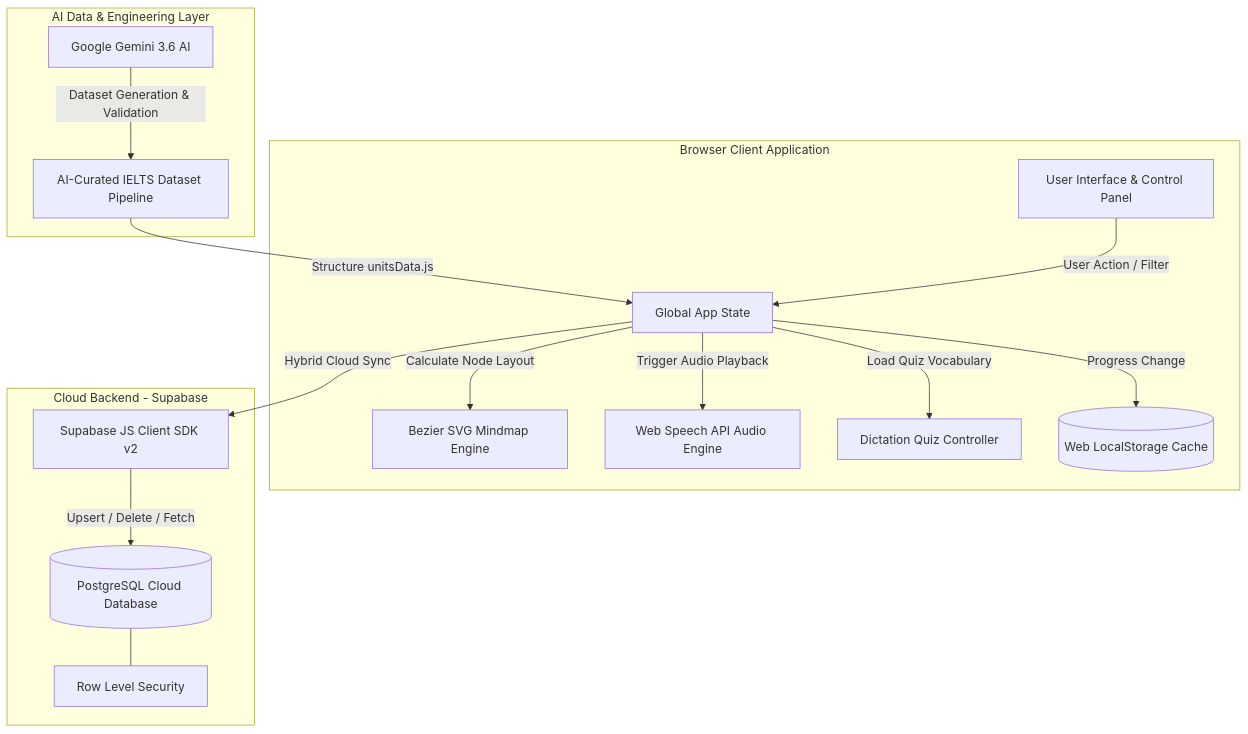
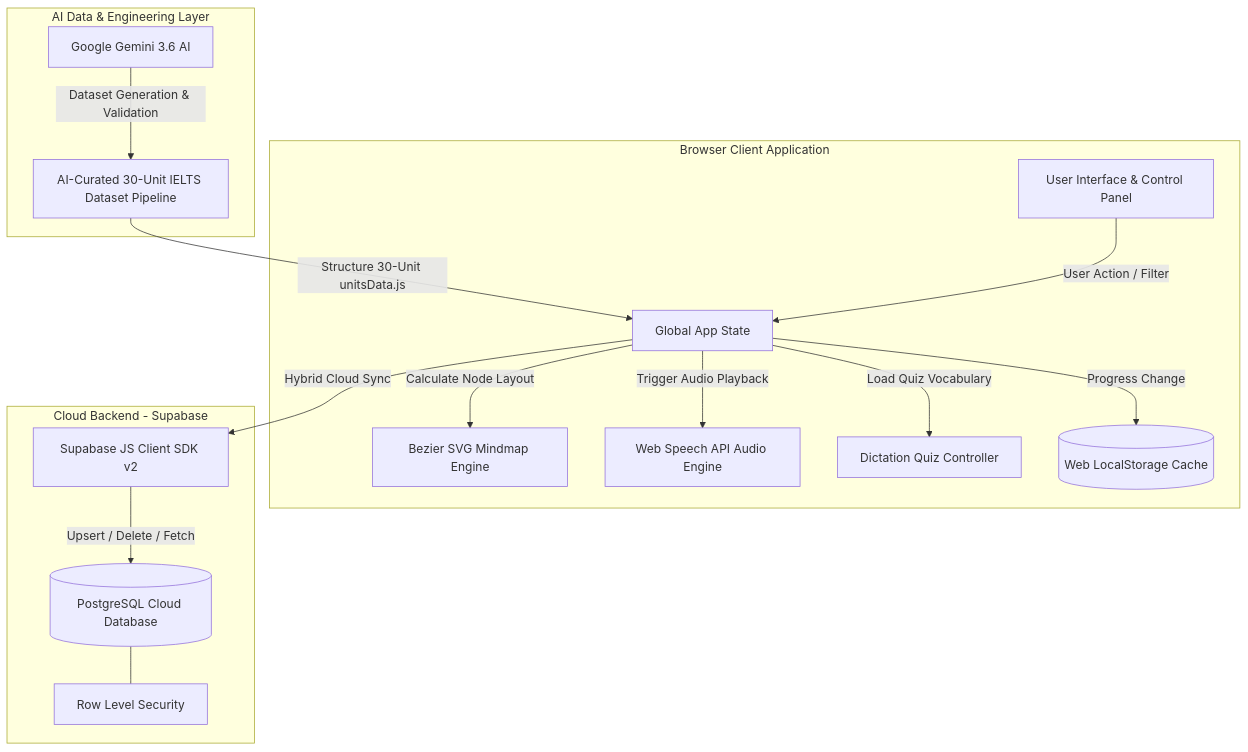
The diagram in README.md (b1uewave/ielts-vocab-mindmap), drawn with Mermaid before and after one commit. The commit also changed other lines of this file and 1 other file, not shown here.

Commit message:
docs: update English and Chinese READMEs for 30 IELTS units and 1,148 core vocabulary dataset

````diff
--- a/README.md
+++ b/README.md
@@ -60,35 +77,35 @@
 ```mermaid
 graph TD
     subgraph Client ["Browser Client Application"]
         UI["User Interface & Control Panel"]
         Engine["Bezier SVG Mindmap Engine"]
         TTS["Web Speech API Audio Engine"]
         Quiz["Dictation Quiz Controller"]
         State["Global App State"]
         LocalDB[("Web LocalStorage Cache")]
     end
 
     subgraph AI ["AI Data & Engineering Layer"]
         Gemini["Google Gemini 3.6 AI"]
-        DataPipeline["AI-Curated IELTS Dataset Pipeline"]
+        DataPipeline["AI-Curated 30-Unit IELTS Dataset Pipeline"]
     end
 
     subgraph Backend ["Cloud Backend - Supabase"]
         SupaClient["Supabase JS Client SDK v2"]
         PgDB[("PostgreSQL Cloud Database")]
         RLS["Row Level Security"]
     end
 
     Gemini -->|"Dataset Generation & Validation"| DataPipeline
-    DataPipeline -->|"Structure unitsData.js"| State
+    DataPipeline -->|"Structure 30-Unit unitsData.js"| State
 
     UI -->|"User Action / Filter"| State
     State -->|"Calculate Node Layout"| Engine
     State -->|"Trigger Audio Playback"| TTS
     State -->|"Load Quiz Vocabulary"| Quiz
     
     State -->|"Progress Change"| LocalDB
     State -->|"Hybrid Cloud Sync"| SupaClient
     SupaClient -->|"Upsert / Delete / Fetch"| PgDB
     PgDB --- RLS
 ```
````
